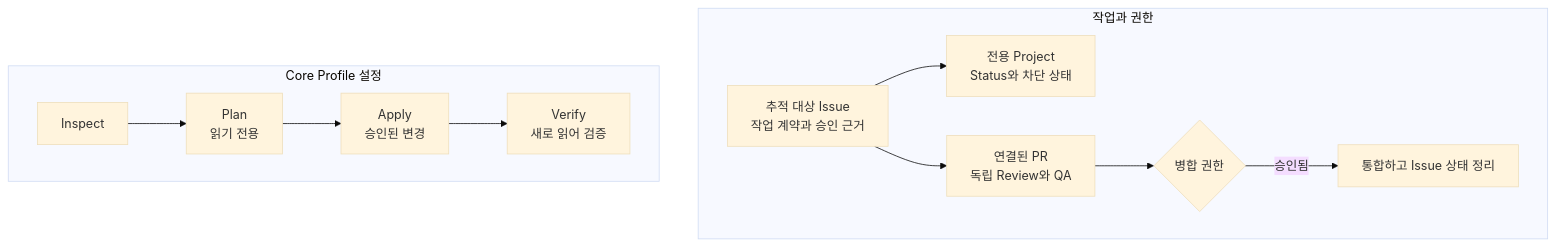
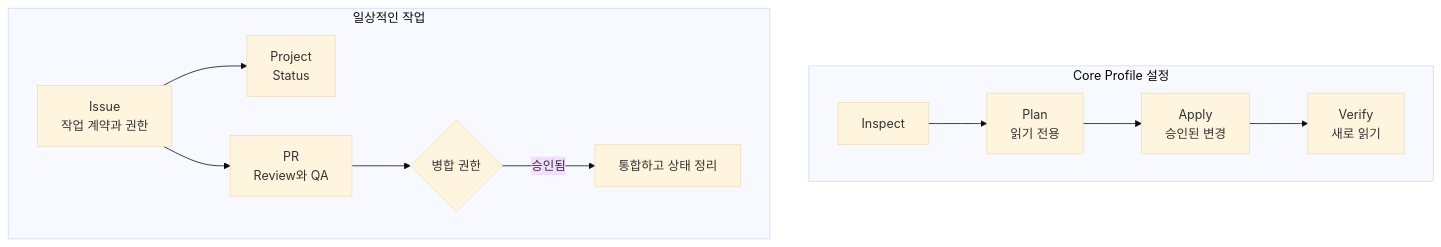
One commit to monancho/github-workflow changed the diagram in README.ko.md. Above: the diagram before and after it, drawn with Mermaid (base theme). The commit also changed other lines of this file and 1 other file, not shown here.

````diff
--- a/README.ko.md
+++ b/README.ko.md
@@ -26,14 +84,12 @@
 ```mermaid
 flowchart TB
-  subgraph Work[작업과 권한]
-    direction LR
-    Issue["추적 대상 Issue<br/>작업 계약과 승인 근거"] --> Project["전용 Project<br/>Status와 차단 상태"]
-    Issue --> PR["연결된 PR<br/>독립 Review와 QA"]
-    PR --> Merge{"병합 권한"}
-    Merge -->|승인됨| Reconcile["통합하고 Issue 상태 정리"]
-  end
   subgraph Setup[Core Profile 설정]
     direction LR
-    Inspect --> Plan["Plan<br/>읽기 전용"] --> Apply["Apply<br/>승인된 변경"] --> Verify["Verify<br/>새로 읽어 검증"]
+    Inspect --> Plan["Plan<br/>읽기 전용"] --> Apply["Apply<br/>승인된 변경"] --> Verify["Verify<br/>새로 읽기"]
+  end
+  subgraph Delivery[일상적인 작업]
+    direction LR
+    Issue["Issue<br/>작업 계약과 권한"] --> Project["Project<br/>Status"]
+    Issue --> PR["PR<br/>Review와 QA"] --> Merge{"병합 권한"} -->|승인됨| Done["통합하고 상태 정리"]
   end
 ```
````
